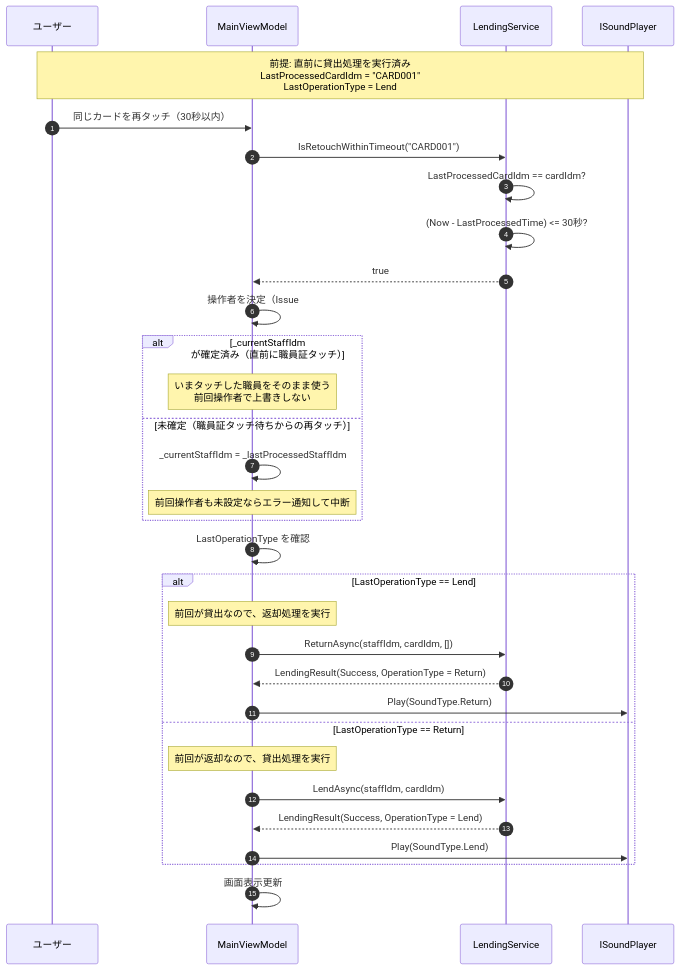
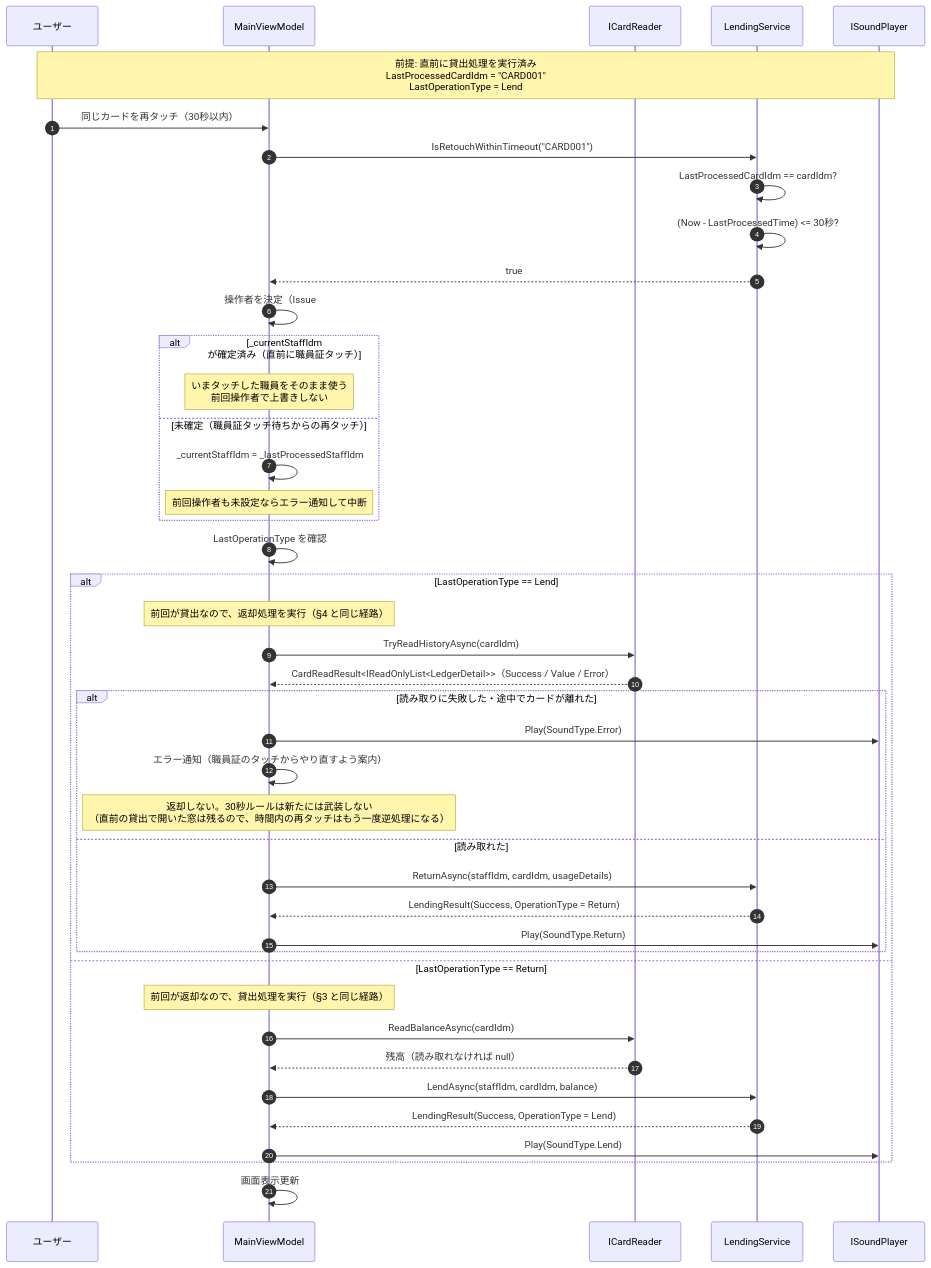
Before and after one commit to kuwayamamasayuki/ICCardManager: the fifth of 17 diagrams in ICCardManager/docs/design/06_シーケンス図.md, drawn with Mermaid. The commit also changed other lines of this file and 3 other files, not shown here.

First line of the commit message:
docs: シーケンス図（06）の記述を現在の実装に合わせた（#2310） (#2357)

````diff
--- a/ICCardManager/docs/design/06_シーケンス図.md
+++ b/ICCardManager/docs/design/06_シーケンス図.md
@@ -327,42 +437,53 @@
 ```mermaid
 sequenceDiagram
     autonumber
     participant User as ユーザー
     participant VM as MainViewModel
+    participant Reader as ICardReader
     participant LS as LendingService
     participant Sound as ISoundPlayer
 
     Note over User,Sound: 前提: 直前に貸出処理を実行済み<br/>LastProcessedCardIdm = "CARD001"<br/>LastOperationType = Lend
 
     User->>VM: 同じカードを再タッチ（30秒以内）
 
     VM->>LS: IsRetouchWithinTimeout("CARD001")
     LS->>LS: LastProcessedCardIdm == cardIdm?
     LS->>LS: (Now - LastProcessedTime) <= 30秒?
     LS-->>VM: true
 
     VM->>VM: 操作者を決定（Issue #1729）
 
     alt _currentStaffIdm が確定済み（直前に職員証タッチ）
         Note over VM: いまタッチした職員をそのまま使う<br/>前回操作者で上書きしない
     else 未確定（職員証タッチ待ちからの再タッチ）
         VM->>VM: _currentStaffIdm = _lastProcessedStaffIdm
         Note over VM: 前回操作者も未設定ならエラー通知して中断
     end
 
     VM->>VM: LastOperationType を確認
 
     alt LastOperationType == Lend
-        Note over VM: 前回が貸出なので、返却処理を実行
-        VM->>LS: ReturnAsync(staffIdm, cardIdm, [])
-        LS-->>VM: LendingResult(Success, OperationType = Return)
-        VM->>Sound: Play(SoundType.Return)
+        Note over VM: 前回が貸出なので、返却処理を実行（§4 と同じ経路）
+        VM->>Reader: TryReadHistoryAsync(cardIdm)
+        Reader-->>VM: CardReadResult<IReadOnlyList<LedgerDetail>>（Success / Value / Error）
+        alt 読み取りに失敗した・途中でカードが離れた
+            VM->>Sound: Play(SoundType.Error)
+            VM->>VM: エラー通知（職員証のタッチからやり直すよう案内）
+            Note over VM: 返却しない。30秒ルールは新たには武装しない<br/>（直前の貸出で開いた窓は残るので、時間内の再タッチはもう一度逆処理になる）
+        else 読み取れた
+            VM->>LS: ReturnAsync(staffIdm, cardIdm, usageDetails)
+            LS-->>VM: LendingResult(Success, OperationType = Return)
+            VM->>Sound: Play(SoundType.Return)
+        end
     else LastOperationType == Return
-        Note over VM: 前回が返却なので、貸出処理を実行
-        VM->>LS: LendAsync(staffIdm, cardIdm)
+        Note over VM: 前回が返却なので、貸出処理を実行（§3 と同じ経路）
+        VM->>Reader: ReadBalanceAsync(cardIdm)
+        Reader-->>VM: 残高（読み取れなければ null）
+        VM->>LS: LendAsync(staffIdm, cardIdm, balance)
         LS-->>VM: LendingResult(Success, OperationType = Lend)
         VM->>Sound: Play(SoundType.Lend)
     end
 
     VM->>VM: 画面表示更新
 ```
````
